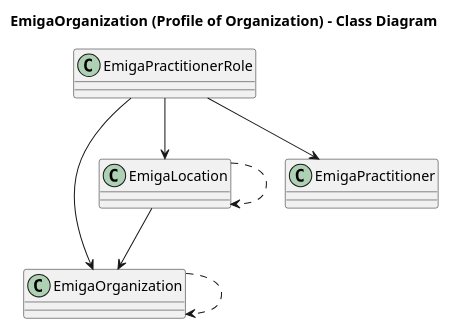
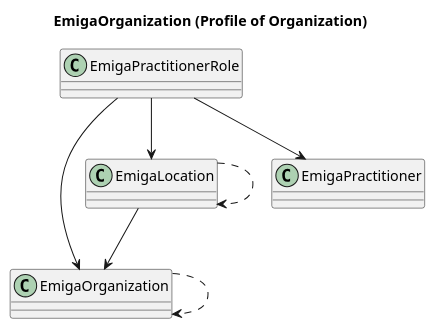
Before and after one commit to robert-koch-institut/rki.emiga.vzd: the diagram in rki.emiga.vzd/guides/implementationguides.vzd/PlantUML/OrganizationOrg.puml, drawn with PlantUML. The commit also changed 10 other files, not shown here.

Commit message:
feat: remove class diagramm titles from umls

```diff
--- a/rki.emiga.vzd/guides/implementationguides.vzd/PlantUML/OrganizationOrg.puml
+++ b/rki.emiga.vzd/guides/implementationguides.vzd/PlantUML/OrganizationOrg.puml
@@ -1,24 +1,24 @@
 @startuml
-title EmigaOrganization (Profile of Organization) - Class Diagram
+title EmigaOrganization (Profile of Organization)
 
 class EmigaOrganization{
 }
 
 class EmigaLocation{
 }
 
 class EmigaPractitioner{
 }
 
 class EmigaPractitionerRole{
 }
 
 EmigaOrganization ..> EmigaOrganization
 EmigaLocation --> EmigaOrganization
 EmigaLocation ..> EmigaLocation
 
 EmigaPractitionerRole --> EmigaPractitioner
 EmigaPractitionerRole --> EmigaOrganization
 EmigaPractitionerRole --> EmigaLocation
 
 @enduml
```
